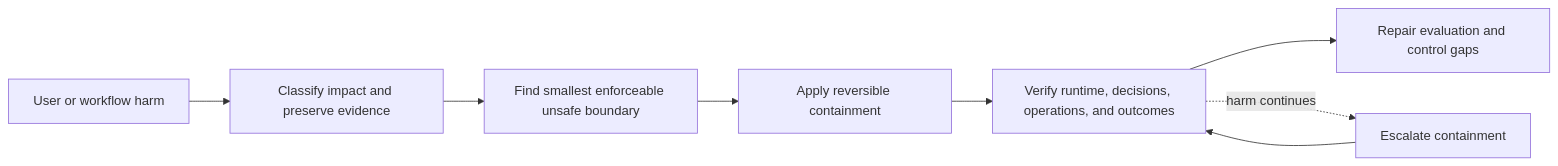
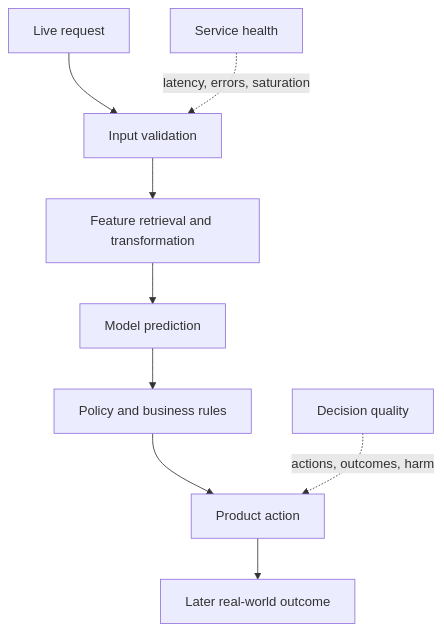
The first of 7 diagrams in roadmaps/mlops/modules/deployment-and-release-management/rollback-and-recovery/02-handling-bad-predictions.md (senlinyy/dev-roadmaps), drawn with Mermaid before and after one commit. The commit also changed other lines of this file and 198 other files, not shown here.

````diff
--- a/roadmaps/mlops/modules/deployment-and-release-management/rollback-and-recovery/02-handling-bad-predictions.md
+++ b/roadmaps/mlops/modules/deployment-and-release-management/rollback-and-recovery/02-handling-bad-predictions.md
@@ -26,10 +39,12 @@
 ```mermaid
-flowchart LR
-    H["User or workflow harm"] --> I["Classify impact and preserve evidence"]
-    I --> B["Find smallest enforceable unsafe boundary"]
-    B --> C["Apply reversible containment"]
-    C --> V["Verify runtime, decisions, operations, and outcomes"]
-    V --> R["Repair evaluation and control gaps"]
-    V -. "harm continues" .-> E["Escalate containment"]
-    E --> V
+flowchart TD
+    A["Live request"] --> B["Input validation"]
+    B --> C["Feature retrieval and transformation"]
+    C --> D["Model prediction"]
+    D --> E["Policy and business rules"]
+    E --> F["Product action"]
+    F --> G["Later real-world outcome"]
+
+    H["Service health"] -. "latency, errors, saturation" .-> B
+    I["Decision quality"] -. "actions, outcomes, harm" .-> F
 ```
````
